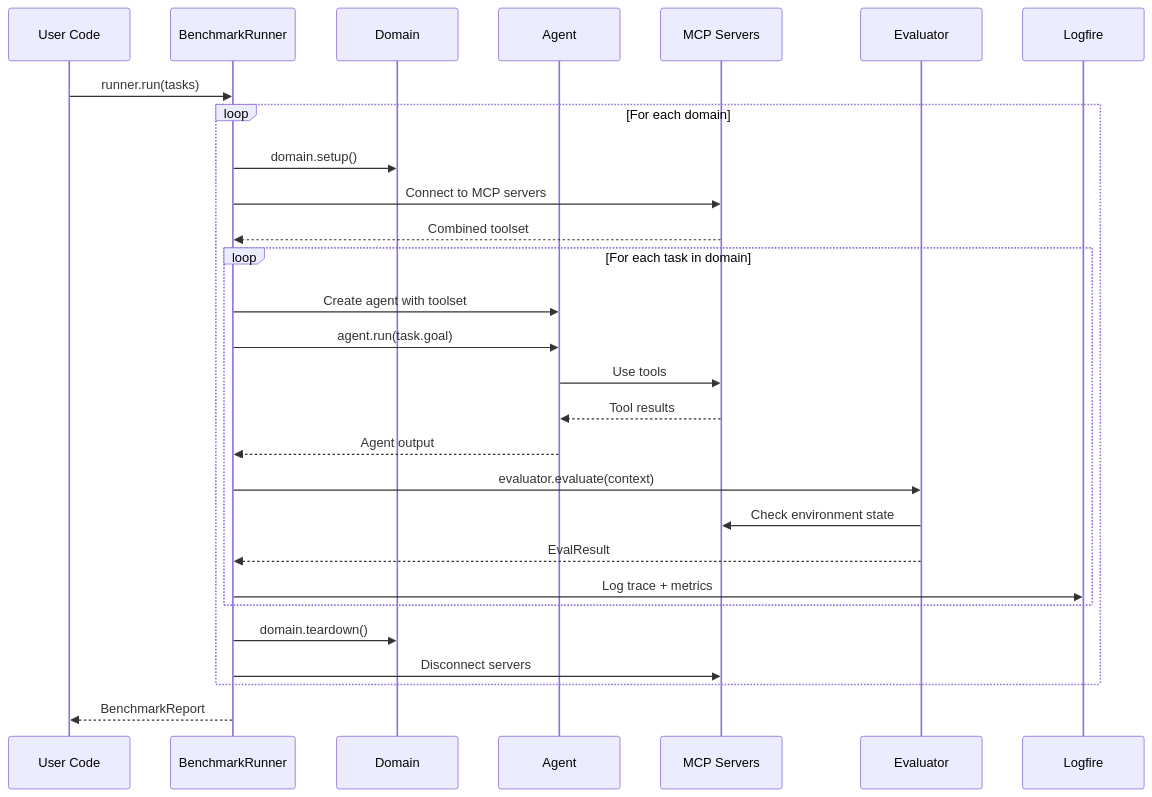
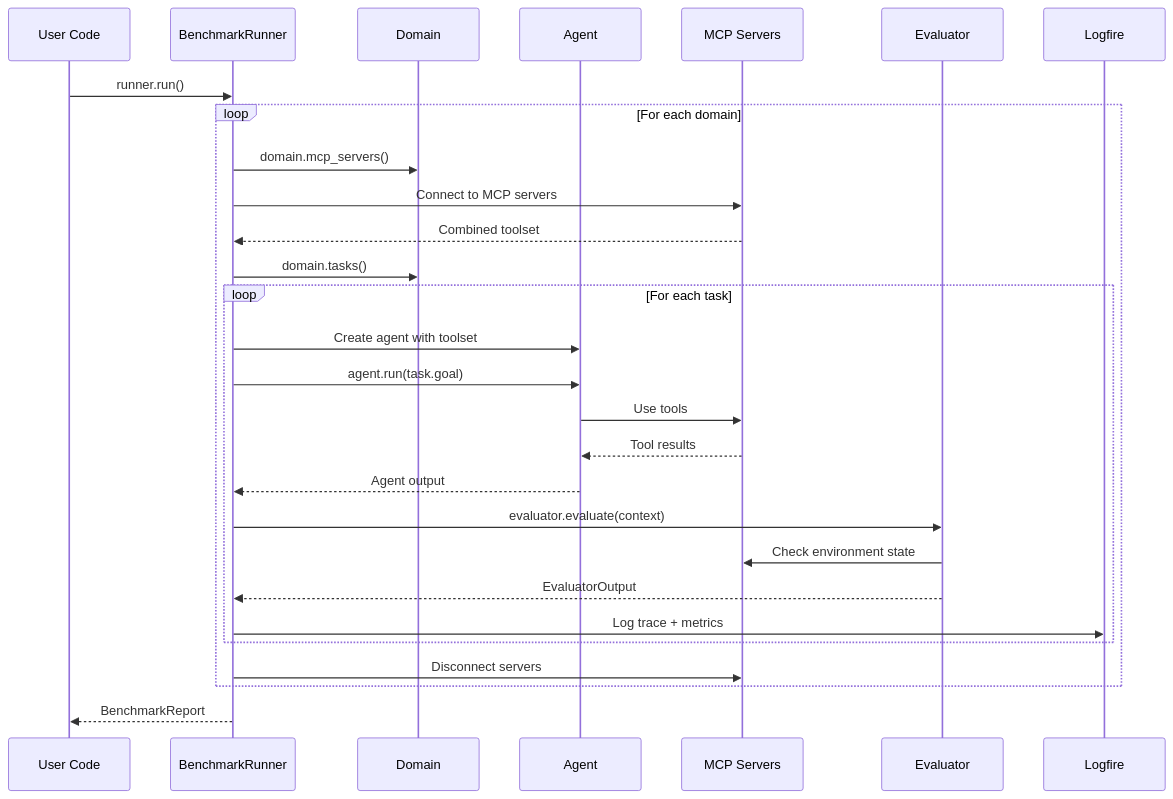
The second of 2 diagrams in README.md (deeppavlov/mcp-evals), drawn with Mermaid before and after one commit. The commit also changed other lines of this file, not shown here.

````diff
--- a/README.md
+++ b/README.md
@@ -218,36 +237,36 @@
 ```mermaid
 sequenceDiagram
     participant U as User Code
     participant R as BenchmarkRunner
     participant D as Domain
     participant A as Agent
     participant MCP as MCP Servers
     participant E as Evaluator
     participant LF as Logfire
 
-    U->>R: runner.run(tasks)
+    U->>R: runner.run()
     
     loop For each domain
-        R->>D: domain.setup()
+        R->>D: domain.mcp_servers()
         R->>MCP: Connect to MCP servers
         MCP-->>R: Combined toolset
+        R->>D: domain.tasks()
         
-        loop For each task in domain
+        loop For each task
             R->>A: Create agent with toolset
             R->>A: agent.run(task.goal)
             A->>MCP: Use tools
             MCP-->>A: Tool results
             A-->>R: Agent output
             
             R->>E: evaluator.evaluate(context)
             E->>MCP: Check environment state
-            E-->>R: EvalResult
+            E-->>R: EvaluatorOutput
             R->>LF: Log trace + metrics
         end
         
-        R->>D: domain.teardown()
         R->>MCP: Disconnect servers
     end
     
     R-->>U: BenchmarkReport
 ```
````
